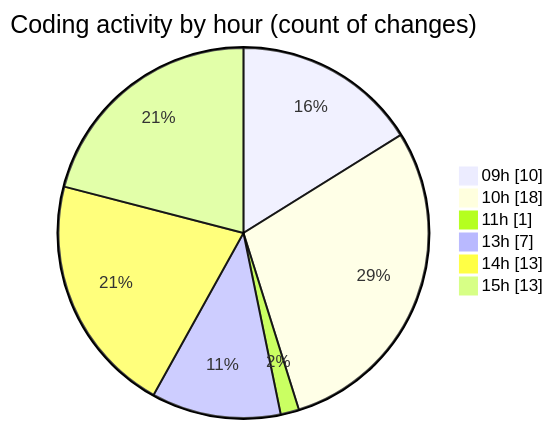
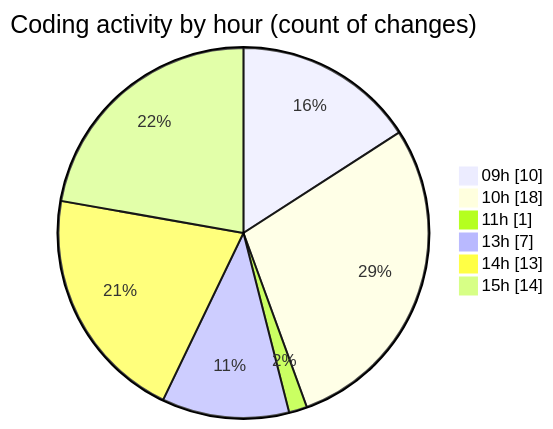
One commit to nxtqubesakshisongat/code-tracking changed the second of 2 diagrams in 2026-04-06/airfeed-analytics-dashboard/README.md. Above: the diagram before and after it, drawn with Mermaid. The commit also changed other lines of this file and 1 other file, not shown here.

````diff
--- a/2026-04-06/airfeed-analytics-dashboard/README.md
+++ b/2026-04-06/airfeed-analytics-dashboard/README.md
@@ -46,10 +46,10 @@
 ```mermaid
 pie showData
 title Coding activity by hour (count of changes)
 "09h" : 10
 "10h" : 18
 "11h" : 1
 "13h" : 7
 "14h" : 13
-"15h" : 13
+"15h" : 14
 ```
````
